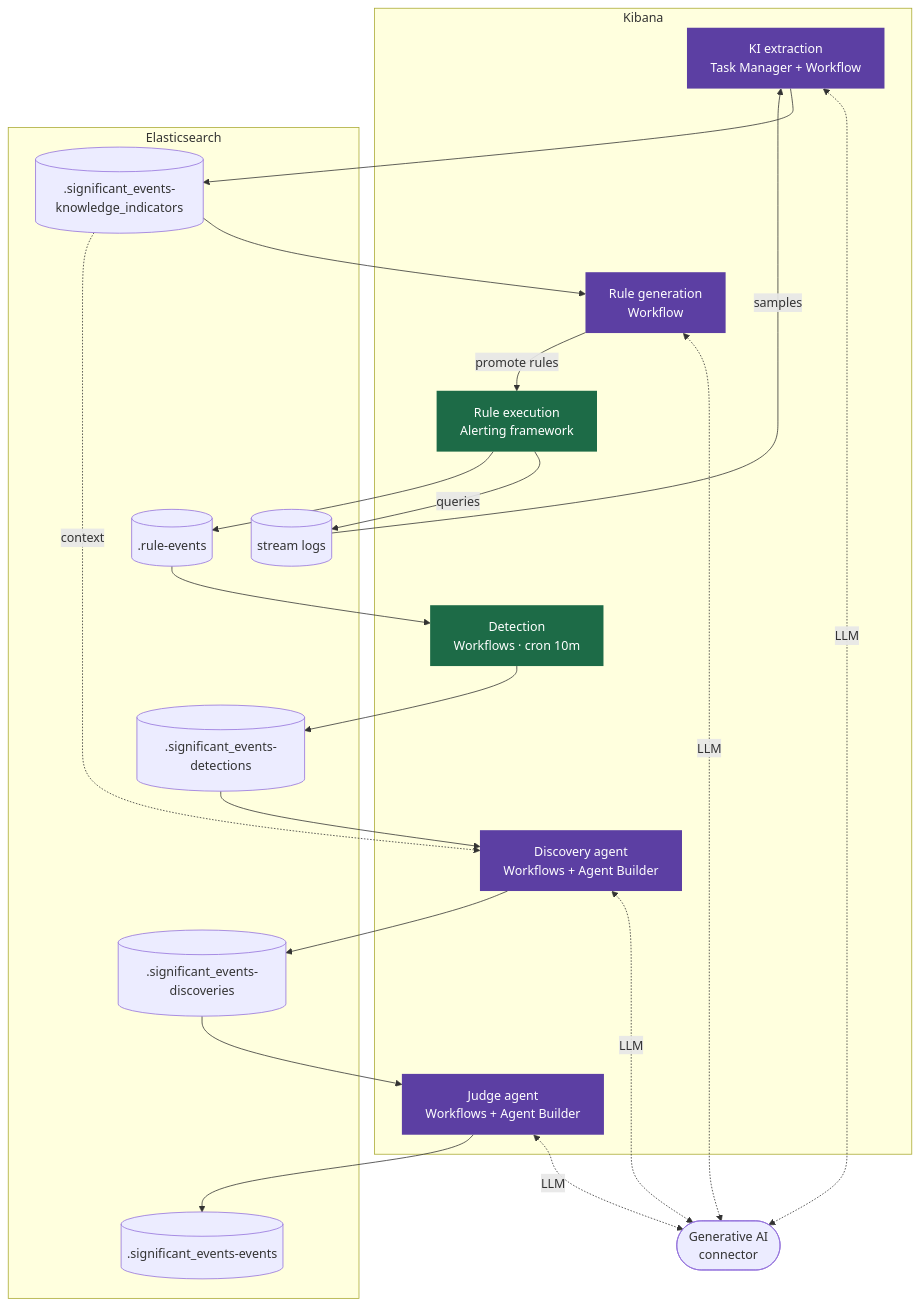
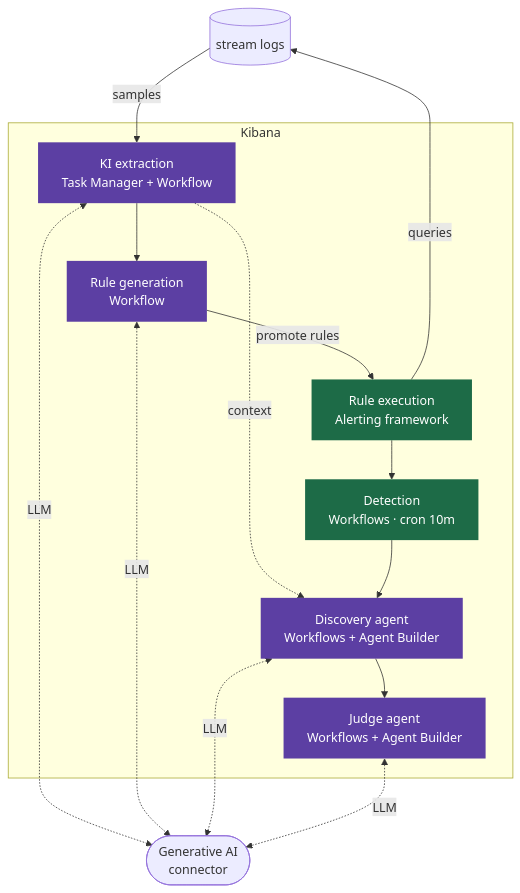
One commit to elastic/docs-content changed the diagram in solutions/observability/streams/significant-events/how-it-works.md. Above: the diagram before and after it, drawn with Mermaid. The commit also changed other lines of this file and 4 other files, not shown here.

````diff
--- a/solutions/observability/streams/significant-events/how-it-works.md
+++ b/solutions/observability/streams/significant-events/how-it-works.md
@@ -29,45 +29,32 @@
 ```mermaid
 flowchart TD
     LLM(["Generative AI<br/>connector"])
+    LOGS[("stream logs")]
 
     subgraph KB["Kibana"]
         KI["KI extraction<br/>Task Manager + Workflow"]
         RG["Rule generation<br/>Workflow"]
         RE["Rule execution<br/>Alerting framework"]
         DW["Detection<br/>Workflows · cron 10m"]
         DA["Discovery agent<br/>Workflows + Agent Builder"]
         JA["Judge agent<br/>Workflows + Agent Builder"]
     end
 
-    subgraph ES["Elasticsearch"]
-        LOGS[("stream logs")]
-        FEAT[(".significant_events-knowledge_indicators")]
-        ALRT[(".rule-events")]
-        DETS[(".significant_events-detections")]
-        DISC[(".significant_events-discoveries")]
-        EVTS[(".significant_events-events")]
-    end
-
     LOGS -->|samples| KI
     KI <-.->|LLM| LLM
-    KI --> FEAT
-    FEAT --> RG
+    KI --> RG
+    KI -.->|context| DA
     RG <-.->|LLM| LLM
     RG -->|promote rules| RE
     RE -->|queries| LOGS
-    RE --> ALRT
-    ALRT --> DW
-    DW --> DETS
-    DETS --> DA
-    FEAT -.->|context| DA
+    RE --> DW
+    DW --> DA
     DA <-.->|LLM| LLM
-    DA --> DISC
-    DISC --> JA
+    DA --> JA
     JA <-.->|LLM| LLM
-    JA --> EVTS
 
     classDef llm fill:#5c3fa3,color:#fff,stroke:none
     classDef det fill:#1d6b47,color:#fff,stroke:none
     class KI,RG,DA,JA llm
     class RE,DW det
 ```
````
